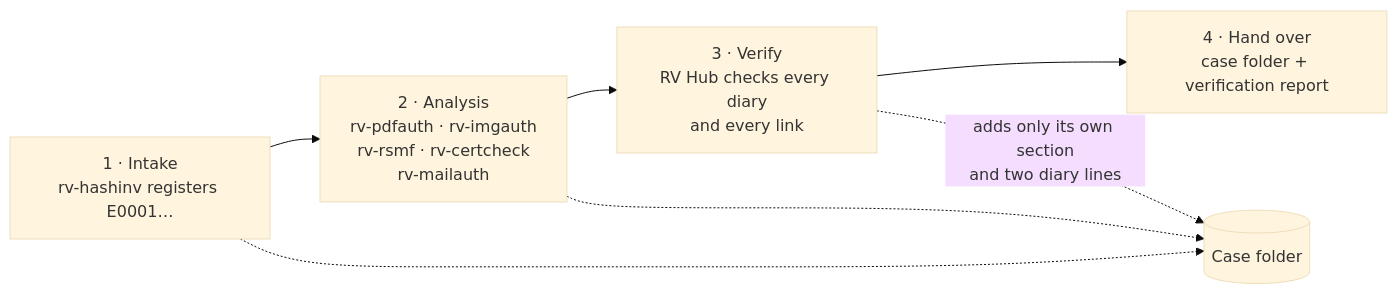
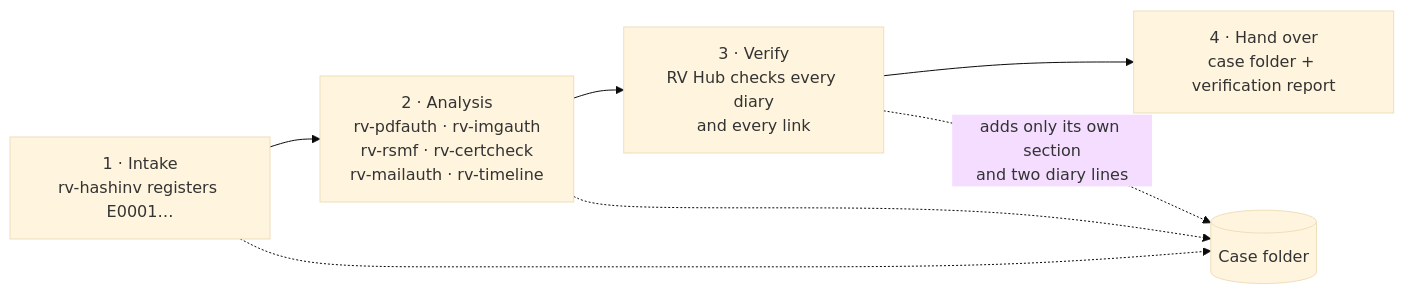
One commit to Panacota96/rv-hub changed the first of 8 diagrams in docs/theory.md. Above: the diagram before and after it, drawn with Mermaid (base theme). The commit also changed other lines of this file and 10 other files, not shown here.

First line of the commit message:
docs: RV Timeline as the seventh known tool, the timeline suggestion rule, screenshots

````diff
--- a/docs/theory.md
+++ b/docs/theory.md
@@ -64,9 +64,9 @@
 ```mermaid
 flowchart LR
-    I["1 · Intake<br/>rv-hashinv registers E0001…"] --> A["2 · Analysis<br/>rv-pdfauth · rv-imgauth<br/>rv-rsmf · rv-certcheck<br/>rv-mailauth"]
+    I["1 · Intake<br/>rv-hashinv registers E0001…"] --> A["2 · Analysis<br/>rv-pdfauth · rv-imgauth<br/>rv-rsmf · rv-certcheck<br/>rv-mailauth · rv-timeline"]
     A --> V["3 · Verify<br/>RV Hub checks every diary<br/>and every link"]
     V --> H["4 · Hand over<br/>case folder + verification report"]
     I -.-> C[("Case folder")]
     A -.-> C
     V -.->|"adds only its own section<br/>and two diary lines"| C
 ```
````
